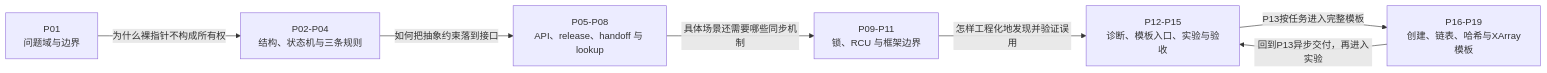
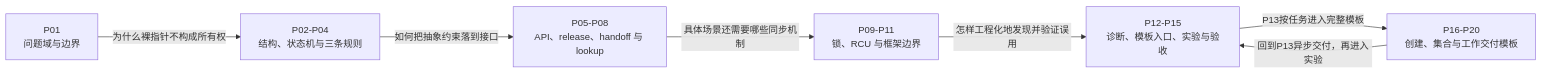
The diagram in knowledge/linux/object_lifetime/kref/大纲.md (FormingSystem/linux_note), drawn with Mermaid before and after one commit. The commit also changed other lines of this file and 19 other files, not shown here.

````diff
--- a/knowledge/linux/object_lifetime/kref/大纲.md
+++ b/knowledge/linux/object_lifetime/kref/大纲.md
@@ -21,16 +21,16 @@
 ```mermaid
 flowchart LR
     A["P01<br/>问题域与边界"]
     B["P02-P04<br/>结构、状态机与三条规则"]
     C["P05-P08<br/>API、release、handoff 与 lookup"]
     D["P09-P11<br/>锁、RCU 与框架边界"]
     E["P12-P15<br/>诊断、模板入口、实验与验收"]
-    T["P16-P19<br/>创建、链表、哈希与XArray模板"]
+    T["P16-P20<br/>创建、集合与工作交付模板"]
 
     A -->|"为什么裸指针不构成所有权"| B
     B -->|"如何把抽象约束落到接口"| C
     C -->|"具体场景还需要哪些同步机制"| D
     D -->|"怎样工程化地发现并验证误用"| E
     E -->|"P13按任务进入完整模板"| T
     T -->|"回到P13异步交付，再进入实验"| E
 ```
````
